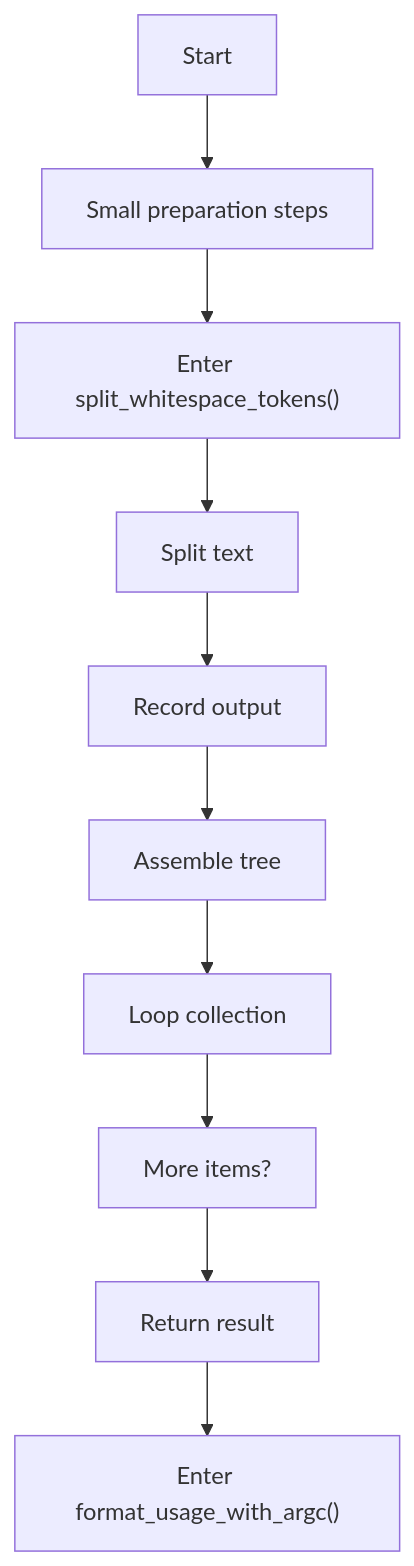
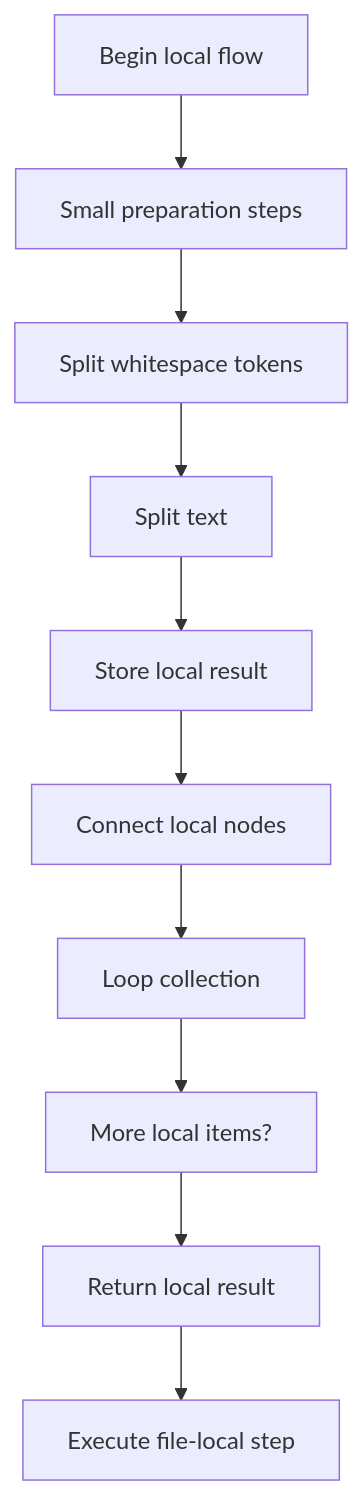
The first of 6 diagrams in docs/Codebase/Microservice/Modules/Source/Analysis/Input/cli_arguments.cpp.md (JohnAndrewBalbarosa/NeoTerritory), drawn with Mermaid before and after one commit. The commit also changed other lines of this file and 925 other files, not shown here.

````diff
--- a/docs/Codebase/Microservice/Modules/Source/Analysis/Input/cli_arguments.cpp.md
+++ b/docs/Codebase/Microservice/Modules/Source/Analysis/Input/cli_arguments.cpp.md
@@ -30,22 +29,22 @@
 ```mermaid
 flowchart TD
-    N0["Start"]
+    N0["Begin local flow"]
     N1["Small preparation steps"]
-    N2["Enter split_whitespace_tokens()"]
+    N2["Split whitespace tokens"]
     N3["Split text"]
-    N4["Record output"]
-    N5["Assemble tree"]
+    N4["Store local result"]
+    N5["Connect local nodes"]
     N6["Loop collection"]
-    N7["More items?"]
-    N8["Return result"]
-    N9["Enter format_usage_with_argc()"]
+    N7["More local items?"]
+    N8["Return local result"]
+    N9["Execute file-local step"]
     N0 --> N1
     N1 --> N2
     N2 --> N3
     N3 --> N4
     N4 --> N5
     N5 --> N6
     N6 --> N7
     N7 --> N8
     N8 --> N9
 ```
````
